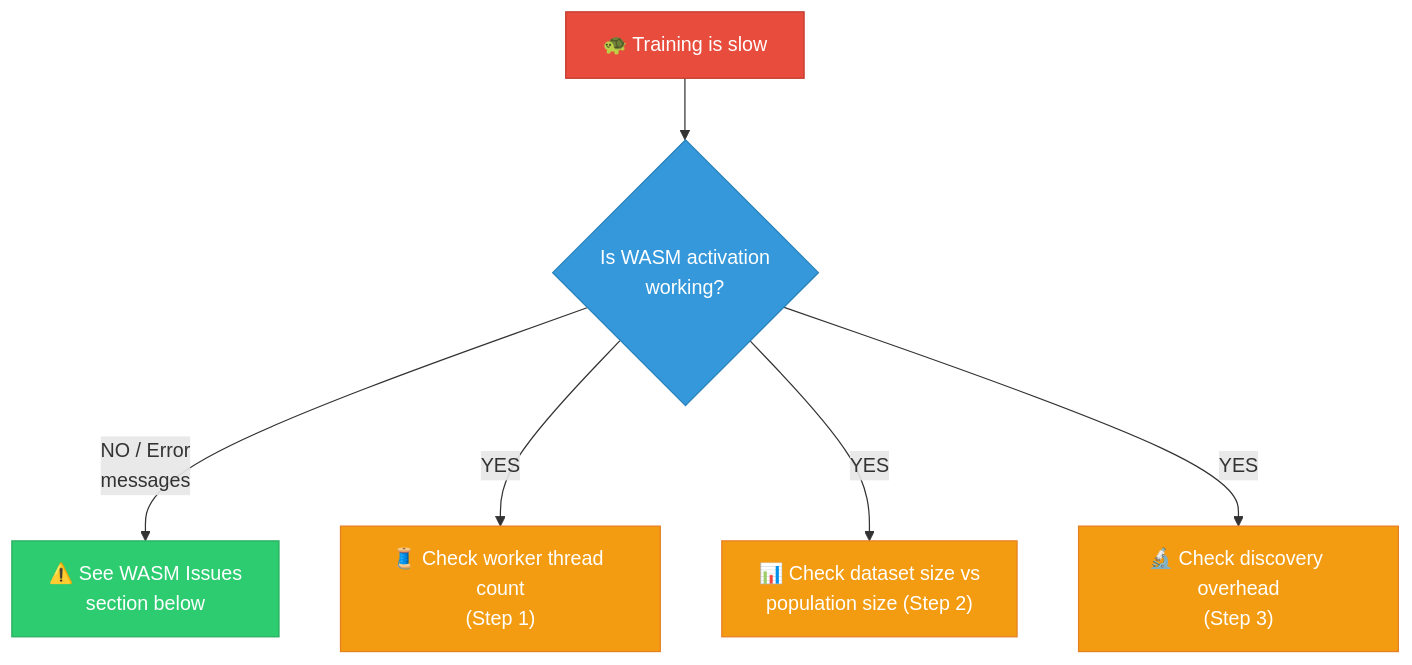
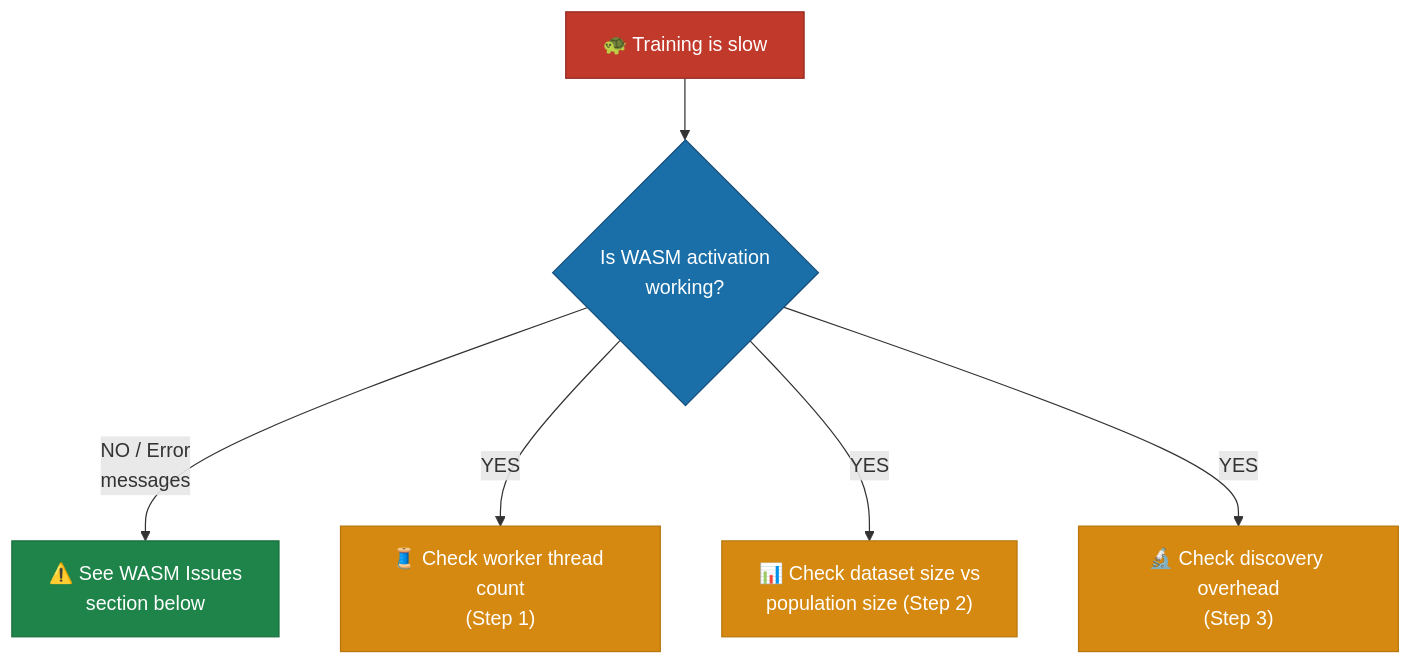
One commit to stSoftwareAU/NEAT-AI changed the second of 5 diagrams in docs/TROUBLESHOOTING.md. Above: the diagram before and after it, drawn with Mermaid. The commit also changed other lines of this file and 19 other files, not shown here.

````diff
--- a/docs/TROUBLESHOOTING.md
+++ b/docs/TROUBLESHOOTING.md
@@ -145,18 +151,18 @@
 ```mermaid
 flowchart TD
-    classDef problem fill:#e74c3c,stroke:#c0392b,color:#fff
-    classDef question fill:#3498db,stroke:#2980b9,color:#fff
-    classDef action fill:#2ecc71,stroke:#27ae60,color:#fff
-    classDef check fill:#f39c12,stroke:#e67e22,color:#fff
+    classDef problem fill:#c0392b,stroke:#922b21,color:#fff
+    classDef question fill:#1a6fa8,stroke:#154c78,color:#fff
+    classDef action fill:#1e8449,stroke:#196f3d,color:#fff
+    classDef check fill:#d68910,stroke:#b7770d,color:#fff
 
     A["🐢 Training is slow"]:::problem
     B{"Is WASM activation\nworking?"}:::question
     C["⚠️ See WASM Issues\nsection below"]:::action
     D["🧵 Check worker thread count\n(Step 1)"]:::check
     E["📊 Check dataset size vs\npopulation size (Step 2)"]:::check
     F["🔬 Check discovery overhead\n(Step 3)"]:::check
 
     A --> B
     B -- "NO / Error\nmessages" --> C
     B -- "YES" --> D & E & F
 ```
````
